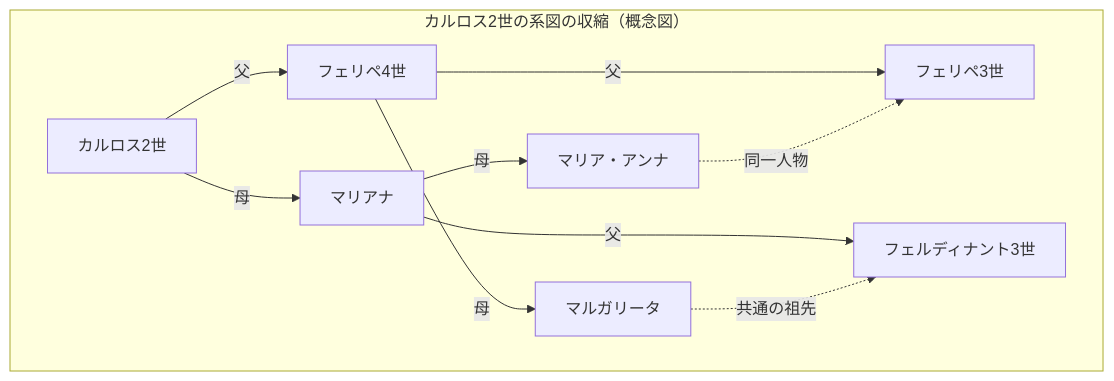
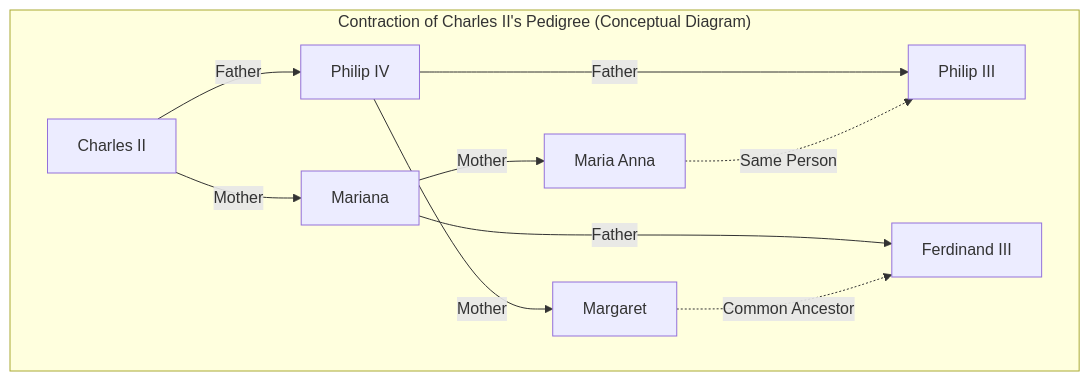
One commit to kenjinote/blog changed the third of 3 diagrams in content/post/pedigree-collapse/index.en.md. Above: the diagram before and after it, drawn with Mermaid. The commit also changed other lines of this file and 28 other files, not shown here.

Commit message:
Translate Japanese text inside Mermaid diagrams to respective languages

````diff
--- a/content/post/pedigree-collapse/index.en.md
+++ b/content/post/pedigree-collapse/index.en.md
@@ -112,14 +112,14 @@
 ```mermaid
 graph TD
-    subgraph "カルロス2世の系図の収縮（概念図）"
-        C["カルロス2世"] -->|"父"| F1["フェリペ4世"]
-        C -->|"母"| M1["マリアナ"]
-        F1 -->|"父"| F2["フェリペ3世"]
-        F1 -->|"母"| M2["マルガリータ"]
-        M1 -->|"父"| F3["フェルディナント3世"]
-        M1 -->|"母"| M3["マリア・アンナ"]
+    subgraph "Contraction of Charles II's Pedigree (Conceptual Diagram)"
+        C["Charles II"] -->|"Father"| F1["Philip IV"]
+        C -->|"Mother"| M1["Mariana"]
+        F1 -->|"Father"| F2["Philip III"]
+        F1 -->|"Mother"| M2["Margaret"]
+        M1 -->|"Father"| F3["Ferdinand III"]
+        M1 -->|"Mother"| M3["Maria Anna"]
         
-        M3 -.->|"同一人物"| F2
-        M2 -.->|"共通の祖先"| F3
+        M3 -.->|"Same Person"| F2
+        M2 -.->|"Common Ancestor"| F3
     end
 ```
````
